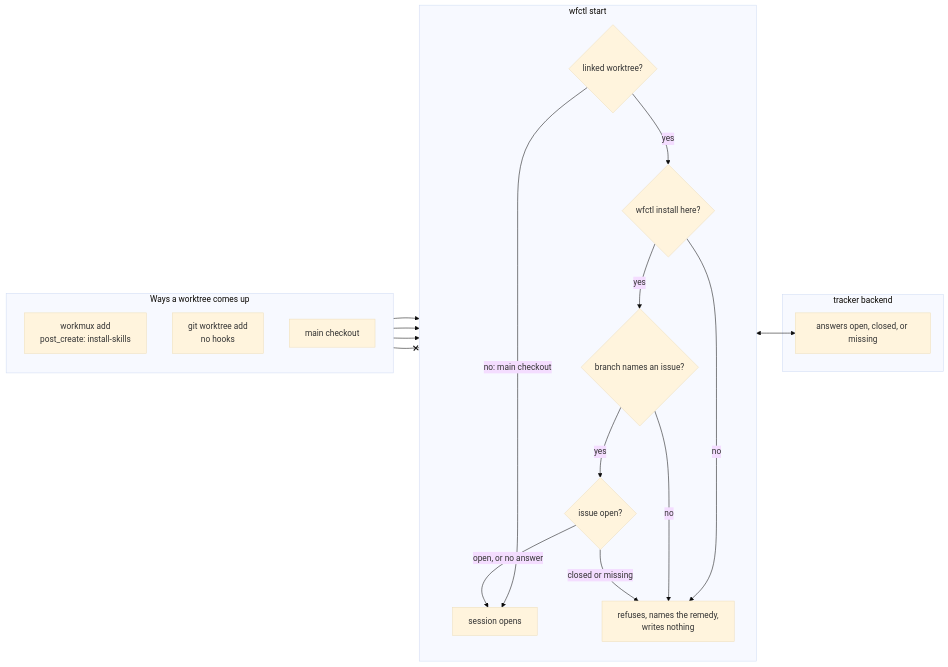
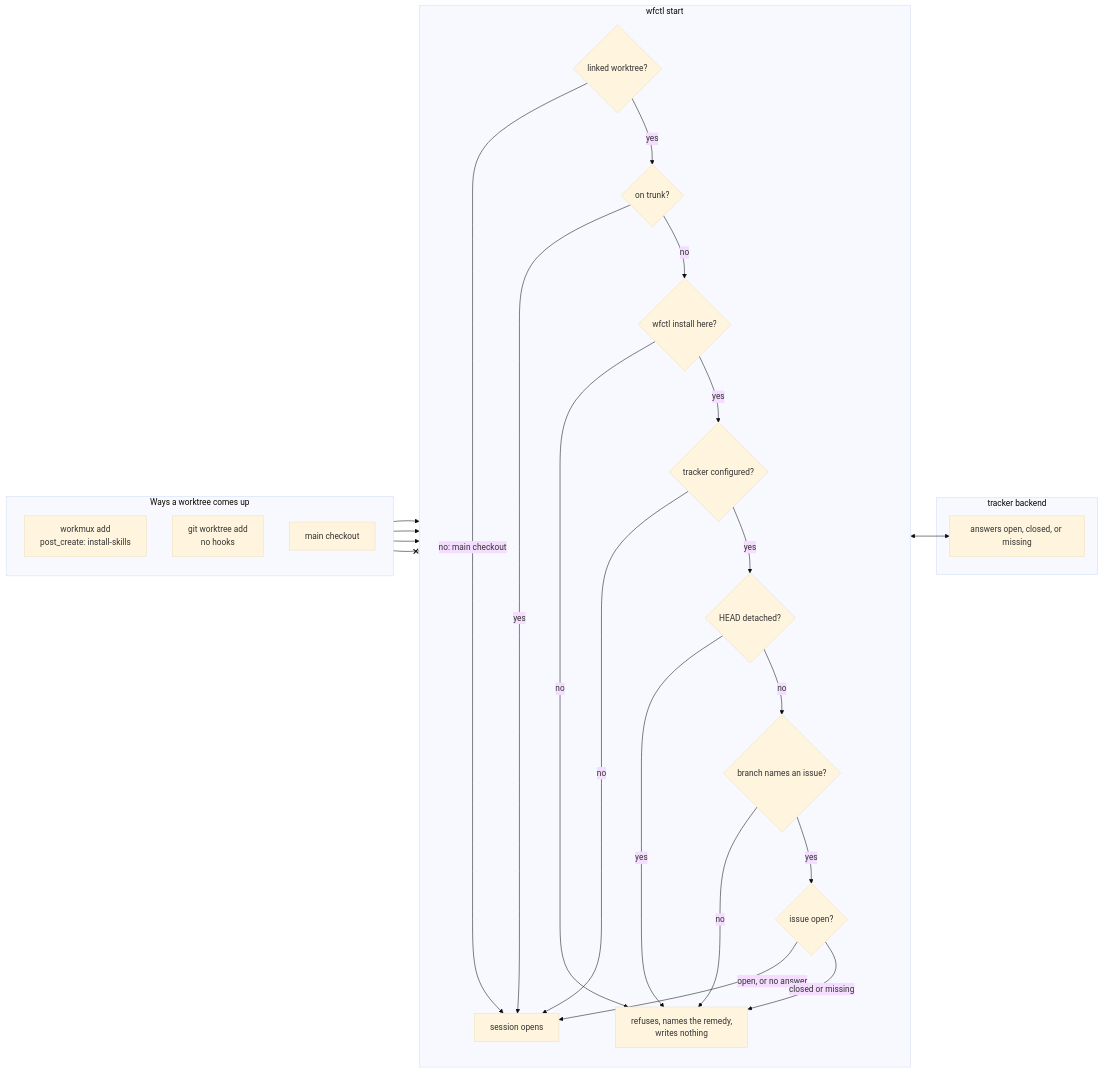
Before and after one commit to aamarin/wfctl: the diagram in docs/architecture/session-start-worktree-requires-open-issue.md, drawn with Mermaid (base theme). The commit also changed other lines of this file and 13 other files, not shown here.

````diff
--- a/docs/architecture/session-start-worktree-requires-open-issue.md
+++ b/docs/architecture/session-start-worktree-requires-open-issue.md
@@ -70,34 +89,43 @@
 ```mermaid
 flowchart LR
     subgraph routes["Ways a worktree comes up"]
         direction TB
         WM["workmux add<br>post_create: install-skills"]
         GIT["git worktree add<br>no hooks"]
         MAIN["main checkout"]
     end
     subgraph start["wfctl start"]
         direction TB
         LINKED{"linked worktree?"}
+        TRUNK{"on trunk?"}
         INSTALLED{"wfctl install here?"}
+        TRACKER{"tracker configured?"}
+        DETACHED{"HEAD detached?"}
         KEY{"branch names an issue?"}
         OPEN{"issue open?"}
         SESSION["session opens"]
         REFUSE["refuses, names the remedy,<br>writes nothing"]
     end
     subgraph tracker["tracker backend"]
         STATE["answers open, closed, or missing"]
     end
     WM --> LINKED
     GIT --> LINKED
     MAIN --> LINKED
     LINKED -- "no: main checkout" --> SESSION
-    LINKED -- yes --> INSTALLED
+    LINKED -- yes --> TRUNK
+    TRUNK -- yes --> SESSION
+    TRUNK -- no --> INSTALLED
     INSTALLED -- no --> REFUSE
-    INSTALLED -- yes --> KEY
+    INSTALLED -- yes --> TRACKER
+    TRACKER -- no --> SESSION
+    TRACKER -- yes --> DETACHED
+    DETACHED -- yes --> REFUSE
+    DETACHED -- no --> KEY
     KEY -- no --> REFUSE
     KEY -- yes --> OPEN
     OPEN <--> STATE
     OPEN -- "open, or no answer" --> SESSION
     OPEN -- "closed or missing" --> REFUSE
     WM --x KEY
 ```
````
